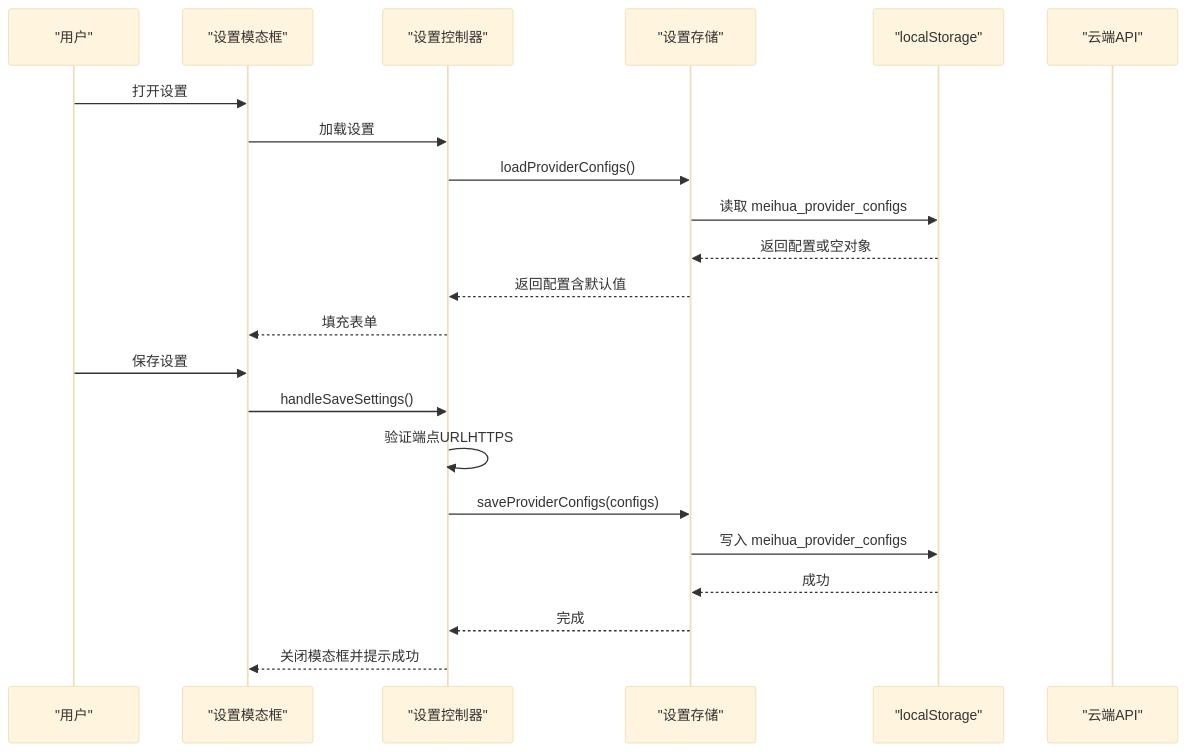
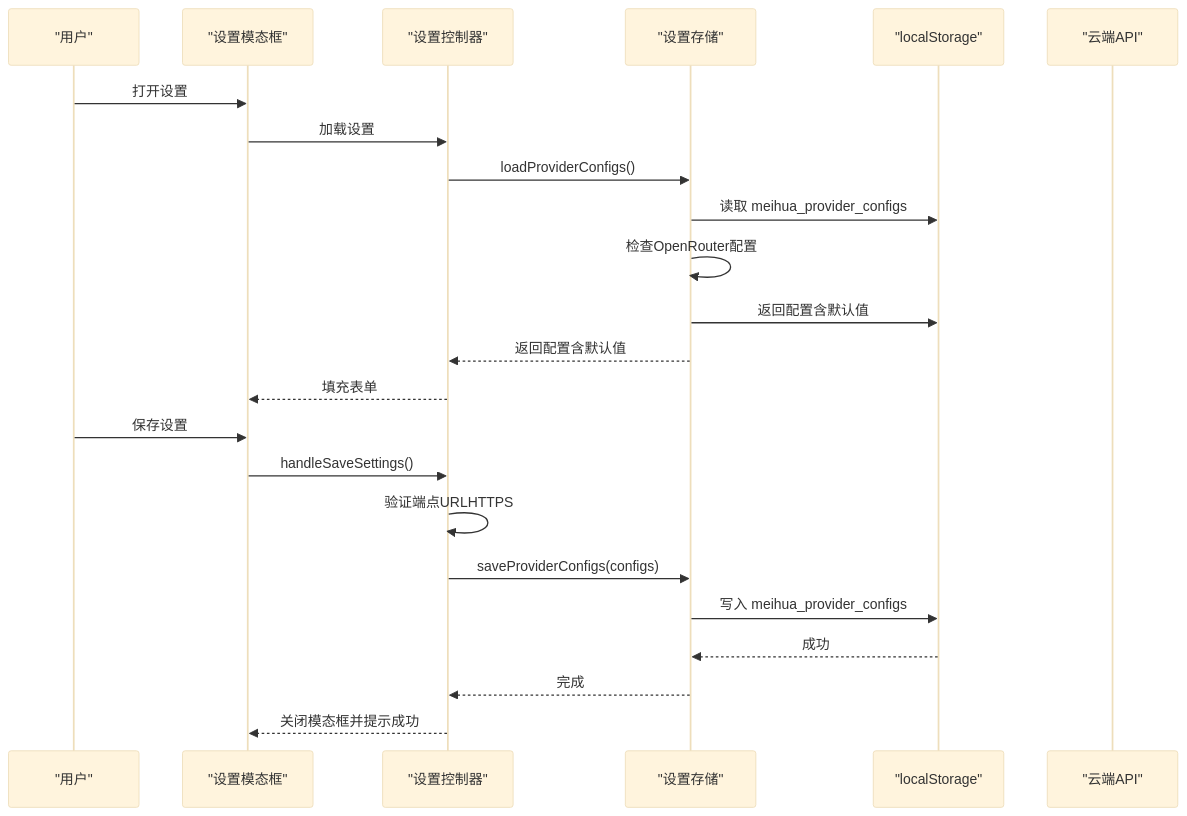
One commit to ghg618-ui/meihuayili-3.8 changed the second of 6 diagrams in .qoder/repowiki/zh/content/数据存储/系统设置存储.md. Above: the diagram before and after it, drawn with Mermaid (base theme). The commit also changed other lines of this file and 3 other files, not shown here.

````diff
--- a/.qoder/repowiki/zh/content/数据存储/系统设置存储.md
+++ b/.qoder/repowiki/zh/content/数据存储/系统设置存储.md
@@ -110,24 +123,25 @@
 ```mermaid
 sequenceDiagram
 participant User as "用户"
 participant UI as "设置模态框"
 participant Ctrl as "设置控制器"
 participant Store as "设置存储"
 participant Local as "localStorage"
 participant Cloud as "云端API"
 User->>UI : 打开设置
 UI->>Ctrl : 加载设置
 Ctrl->>Store : loadProviderConfigs()
 Store->>Local : 读取 meihua_provider_configs
-Local-->>Store : 返回配置或空对象
+Store->>Store : 检查OpenRouter配置
+Store->>Local : 返回配置含默认值
 Store-->>Ctrl : 返回配置含默认值
 Ctrl-->>UI : 填充表单
 User->>UI : 保存设置
 UI->>Ctrl : handleSaveSettings()
 Ctrl->>Ctrl : 验证端点URLHTTPS
 Ctrl->>Store : saveProviderConfigs(configs)
 Store->>Local : 写入 meihua_provider_configs
 Local-->>Store : 成功
 Store-->>Ctrl : 完成
 Ctrl-->>UI : 关闭模态框并提示成功
 ```
````
